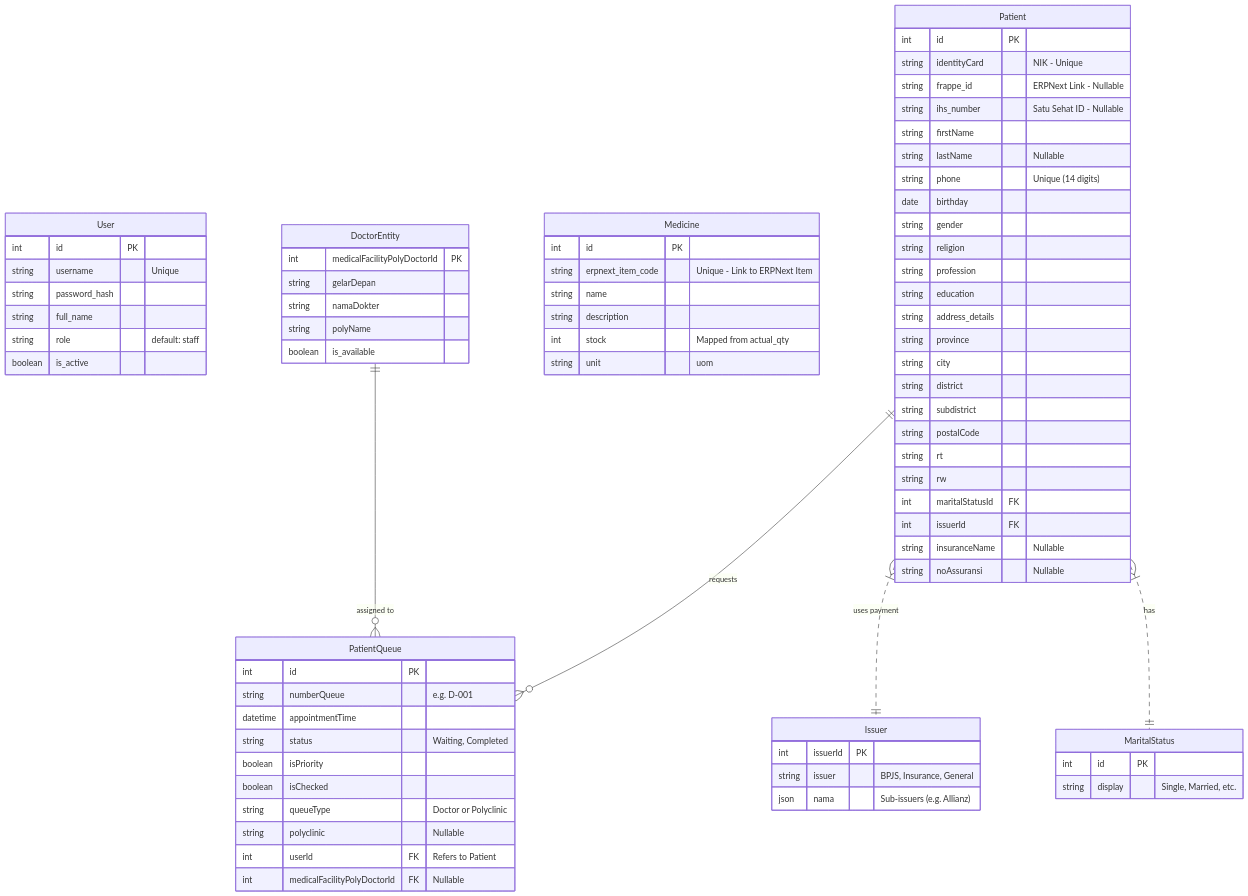
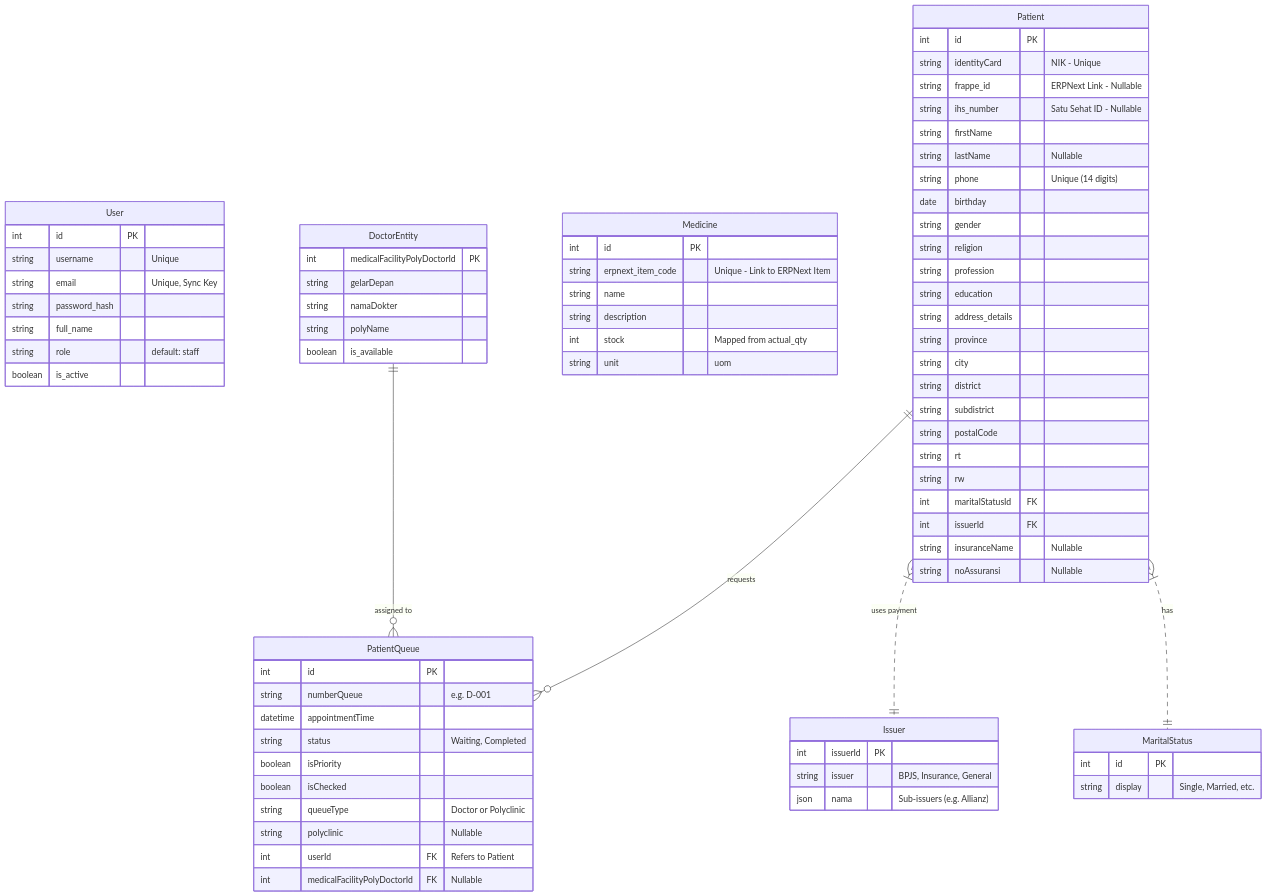
The diagram in docs/ERD_Klinik Admin.md (giangawatsu016/Klinik_FrontDesk), drawn with Mermaid before and after one commit. The commit also changed other lines of this file and 15 other files, not shown here.

```diff
--- a/docs/ERD_Klinik Admin.md
+++ b/docs/ERD_Klinik Admin.md
@@ -7,6 +7,7 @@
     User {
         int id PK
         string username "Unique"
+        string email "Unique, Sync Key"
         string password_hash
         string full_name
         string role "default: staff"
```
